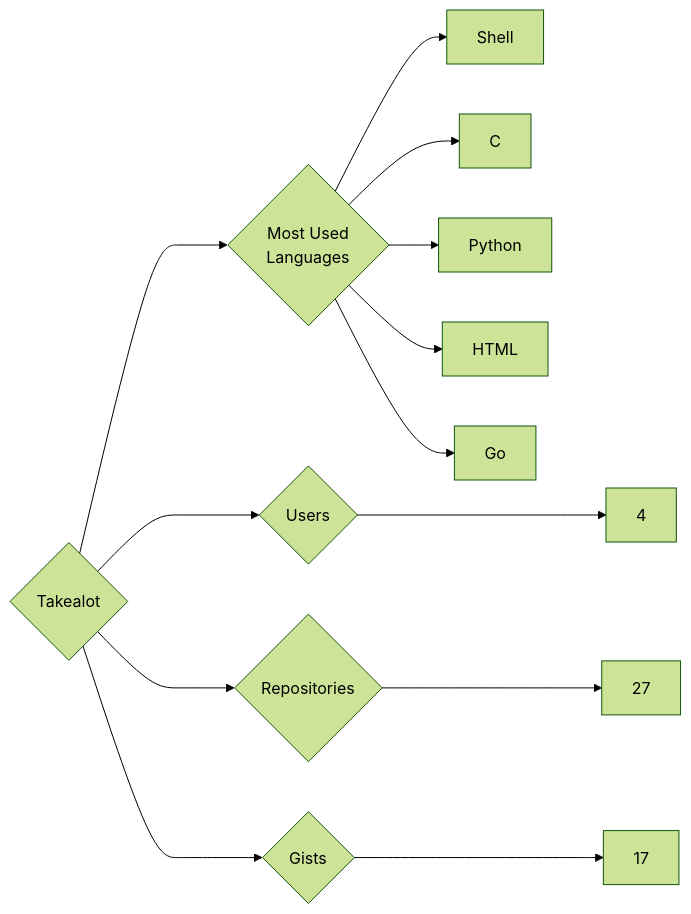
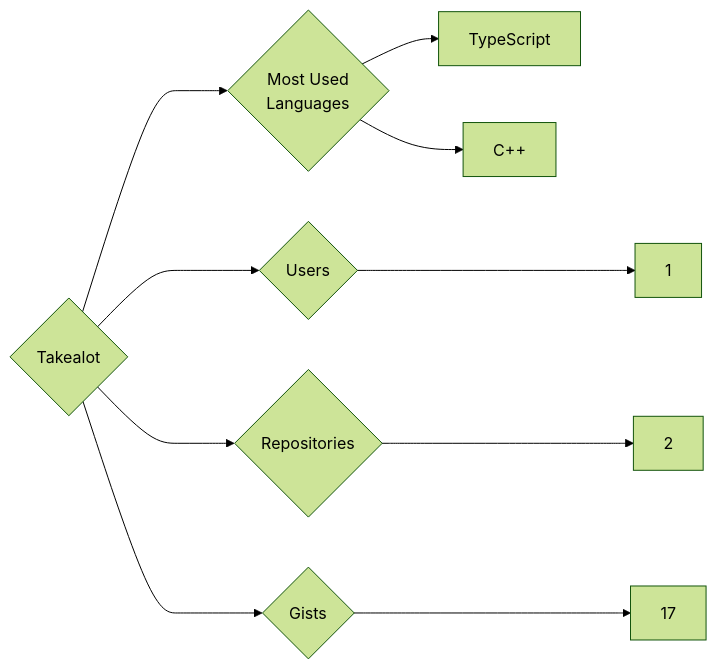
The diagram in targets/Takealot/README.md (trickest/insiders), drawn with Mermaid (forest theme) before and after one commit. The commit also changed 912 other files, not shown here.

````diff
--- a/targets/Takealot/README.md
+++ b/targets/Takealot/README.md
@@ -3,13 +3,10 @@
 ```mermaid
 graph LR
 COMPANY_NAME{Takealot}
-COMPANY_NAME ---> U{Users} ---> UN[4]
-COMPANY_NAME ---> R{Repositories} ---> RN[27]
+COMPANY_NAME ---> U{Users} ---> UN[1]
+COMPANY_NAME ---> R{Repositories} ---> RN[2]
 COMPANY_NAME ---> G{Gists} ---> GN[17]
 COMPANY_NAME ---> ML{Most Used<br>Languages}
-ML --> Shell[Shell]
-ML --> C[C]
-ML --> Python[Python]
-ML --> HTML[HTML]
-ML --> Go[Go]
+ML --> TypeScript[TypeScript]
+ML --> C++[C++]
 ```
````
